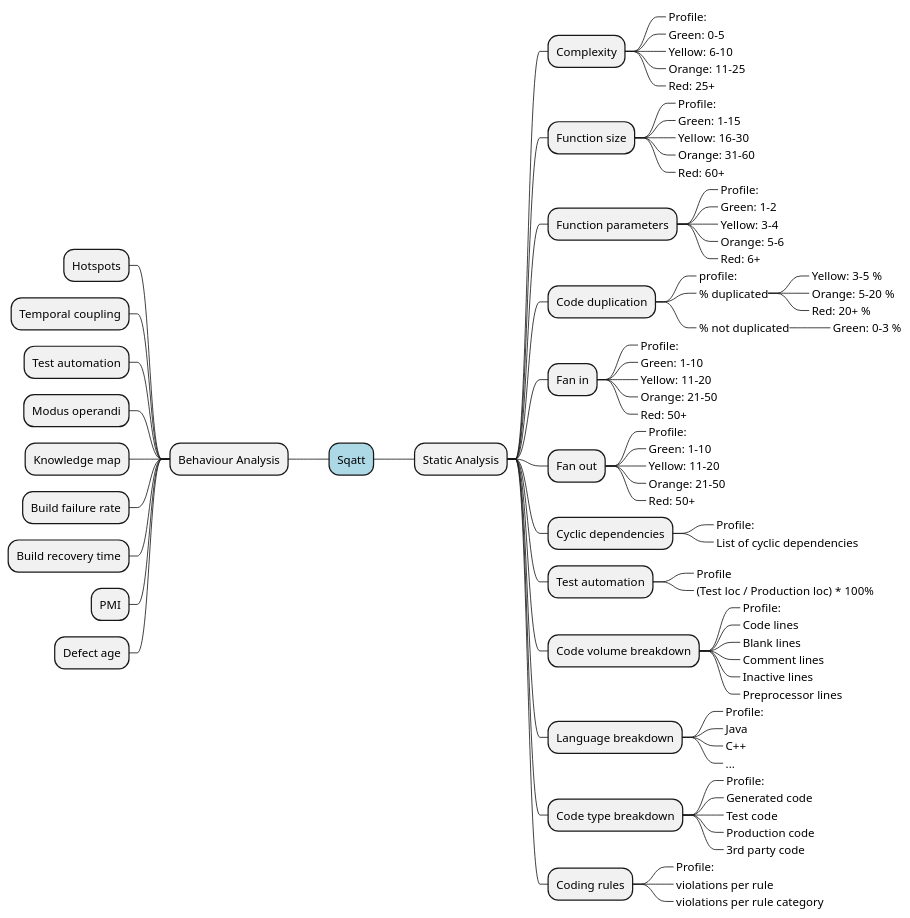
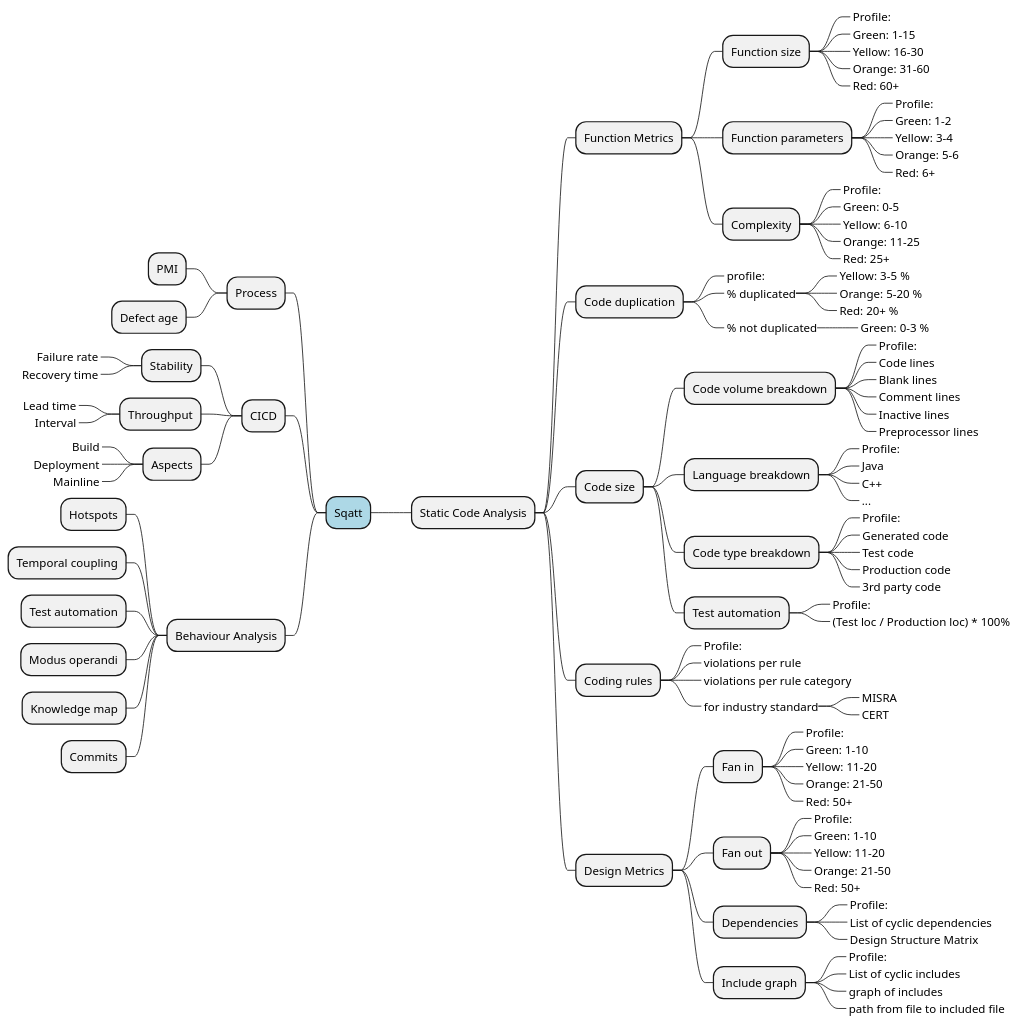
Before and after one commit to rschuitema/sqatt: the diagram in doc/mindmap.puml, drawn with PlantUML.

Commit message:
restructure mindmap and add cicd

```diff
--- a/doc/mindmap.puml
+++ b/doc/mindmap.puml
@@ -1,94 +1,125 @@
 @startmindmap
 *[#lightblue] Sqatt
-** Static Analysis
 
-*** Complexity
-****_ Profile:
-****_ Green: 0-5
-****_ Yellow: 6-10
-****_ Orange: 11-25
-****_ Red: 25+
+-- Process
+--- PMI
+--- Defect age
 
-*** Function size
-****_ Profile:
-****_ Green: 1-15
-****_ Yellow: 16-30
-****_ Orange: 31-60
-****_ Red: 60+
+-- CICD
+--- Stability
+----_ Failure rate
+----_ Recovery time
+--- Throughput
+----_ Lead time
+----_ Interval
+--- Aspects
+----_ Build
+----_ Deployment
+----_ Mainline
 
-*** Function parameters
-****_ Profile:
-****_ Green: 1-2
-****_ Yellow: 3-4
-****_ Orange: 5-6
-****_ Red: 6+
+-- Behaviour Analysis
+--- Hotspots
+--- Temporal coupling
+--- Test automation
+--- Modus operandi
+--- Knowledge map
+--- Commits
+
+
+
+
+** Static Code Analysis
+
+*** Function Metrics
+
+**** Function size
+*****_ Profile:
+*****_ Green: 1-15
+*****_ Yellow: 16-30
+*****_ Orange: 31-60
+*****_ Red: 60+
+
+**** Function parameters
+*****_ Profile:
+*****_ Green: 1-2
+*****_ Yellow: 3-4
+*****_ Orange: 5-6
+*****_ Red: 6+
+
+**** Complexity
+*****_ Profile:
+*****_ Green: 0-5
+*****_ Yellow: 6-10
+*****_ Orange: 11-25
+*****_ Red: 25+
 
 *** Code duplication
 ****_ profile:
 ****_ % duplicated
 *****_ Yellow: 3-5 %
 *****_ Orange: 5-20 %
 *****_ Red: 20+ %
 ****_ % not duplicated
 *****_ Green: 0-3 %
 
-*** Fan in
-****_ Profile:
-****_ Green: 1-10
-****_ Yellow: 11-20
-****_ Orange: 21-50
-****_ Red: 50+
+*** Code size
+**** Code volume breakdown
+*****_ Profile:
+*****_ Code lines
+*****_ Blank lines
+*****_ Comment lines
+*****_ Inactive lines
+*****_ Preprocessor lines
 
-*** Fan out
-****_ Profile:
-****_ Green: 1-10
-****_ Yellow: 11-20
-****_ Orange: 21-50
-****_ Red: 50+
+**** Language breakdown
+*****_ Profile:
+*****_ Java
+*****_ C++
+*****_ ...
 
-*** Cyclic dependencies
-****_ Profile:
-****_ List of cyclic dependencies
+**** Code type breakdown
+*****_ Profile:
+*****_ Generated code
+*****_ Test code
+*****_ Production code
+*****_ 3rd party code
 
-*** Test automation
-****_ Profile
-****_ (Test loc / Production loc) * 100%
-
-*** Code volume breakdown
-****_ Profile:
-****_ Code lines
-****_ Blank lines
-****_ Comment lines
-****_ Inactive lines
-****_ Preprocessor lines
-
-*** Language breakdown
-****_ Profile:
-****_ Java
-****_ C++
-****_ ...
-
-*** Code type breakdown
-****_ Profile:
-****_ Generated code
-****_ Test code
-****_ Production code
-****_ 3rd party code
+**** Test automation
+*****_ Profile:
+*****_ (Test loc / Production loc) * 100%
 
 *** Coding rules
 ****_ Profile:
 ****_ violations per rule
 ****_ violations per rule category
+****_ for industry standard
+*****_ MISRA
+*****_ CERT
 
--- Behaviour Analysis
---- Hotspots
---- Temporal coupling
---- Test automation
---- Modus operandi
---- Knowledge map
---- Build failure rate
---- Build recovery time
---- PMI
---- Defect age
+*** Design Metrics
+**** Fan in
+*****_ Profile:
+*****_ Green: 1-10
+*****_ Yellow: 11-20
+*****_ Orange: 21-50
+*****_ Red: 50+
+
+**** Fan out
+*****_ Profile:
+*****_ Green: 1-10
+*****_ Yellow: 11-20
+*****_ Orange: 21-50
+*****_ Red: 50+
+
+**** Dependencies
+*****_ Profile:
+*****_ List of cyclic dependencies
+*****_ Design Structure Matrix
+
+**** Include graph
+*****_ Profile:
+*****_ List of cyclic includes
+*****_ graph of includes
+*****_ path from file to included file
 
 @endmindmap
```
